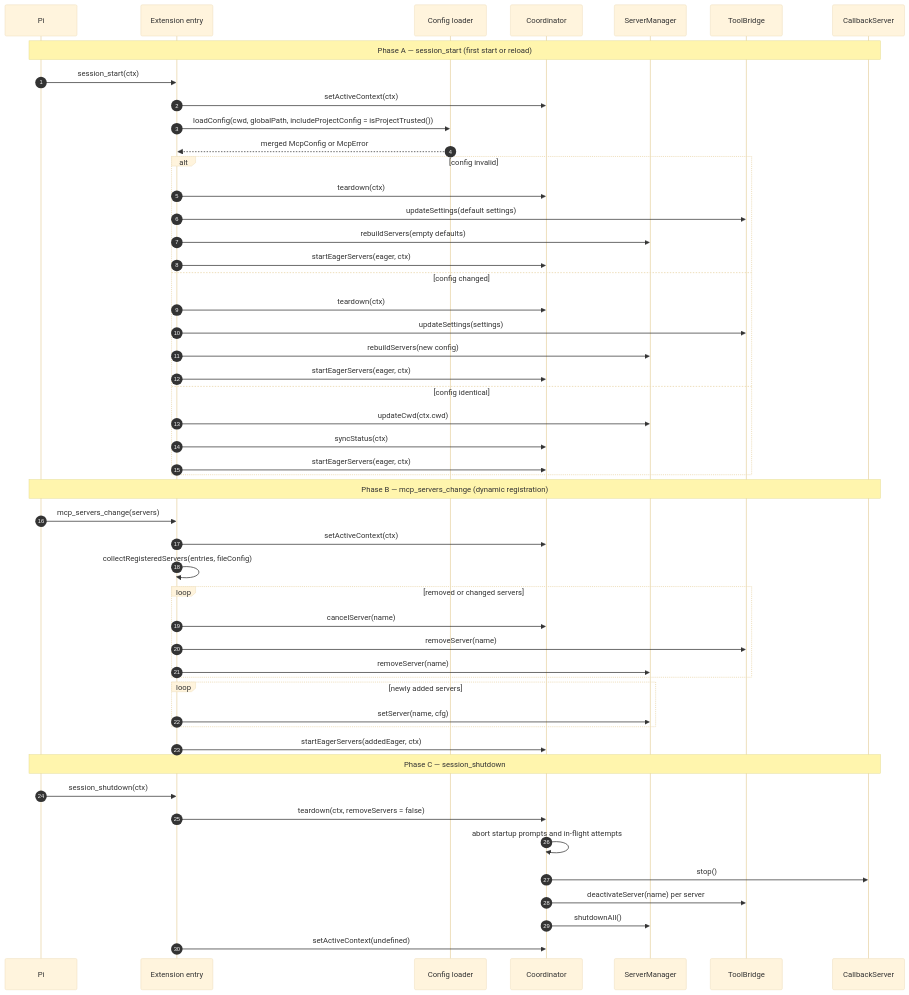
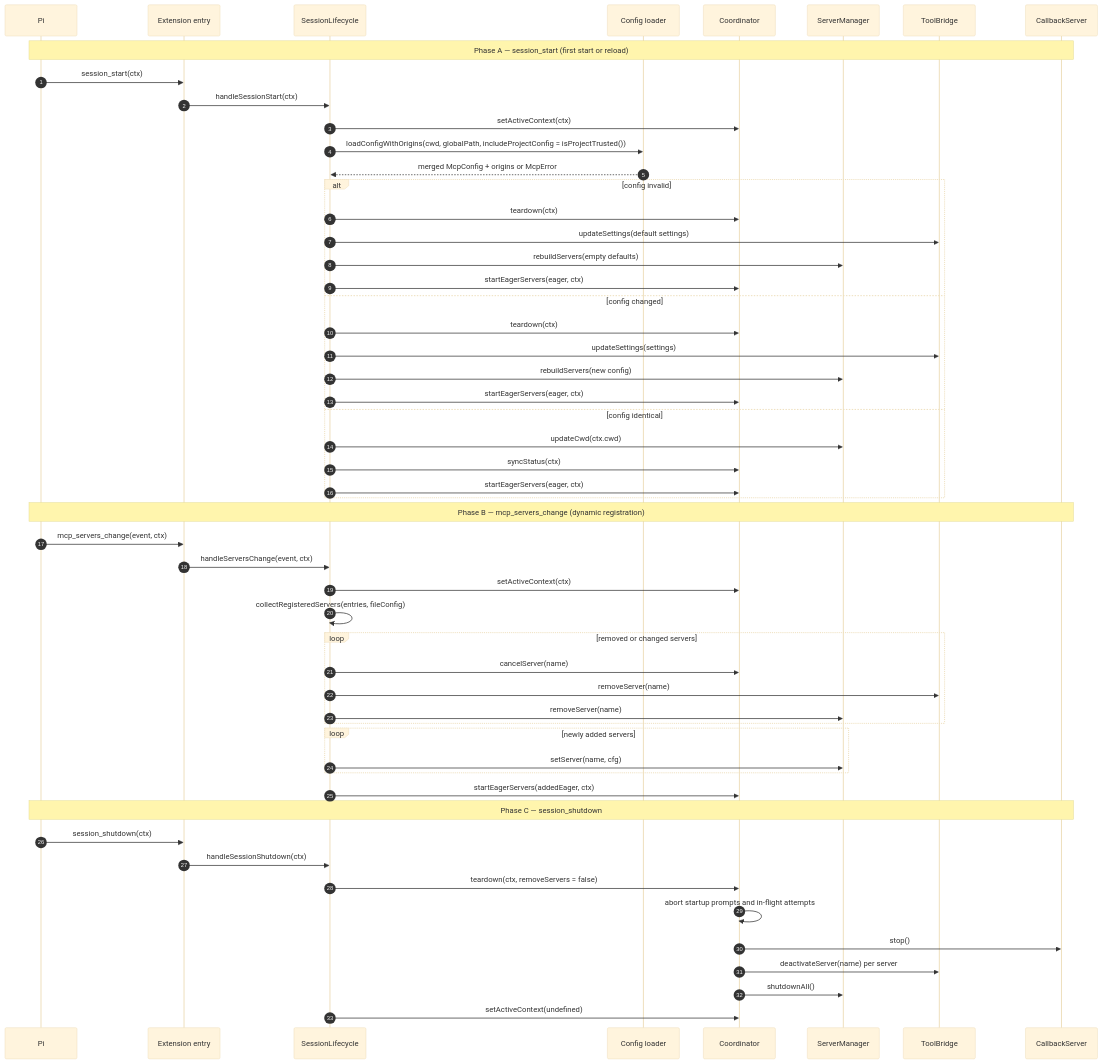
Before and after one commit to irahardianto/pi-mcp-extension: the third of 6 diagrams in docs/ARCHITECTURE.md, drawn with Mermaid (base theme). The commit also changed other lines of this file and 20 other files, not shown here.

````diff
--- a/docs/ARCHITECTURE.md
+++ b/docs/ARCHITECTURE.md
@@ -188,55 +200,59 @@
 ```mermaid
 sequenceDiagram
     autonumber
     participant Pi as Pi
     participant Entry as Extension entry
+    participant Life as SessionLifecycle
     participant Cfg as Config loader
     participant Coord as Coordinator
     participant Mgr as ServerManager
     participant Bridge as ToolBridge
     participant CB as CallbackServer
 
     Note over Pi,CB: Phase A — session_start (first start or reload)
     Pi->>Entry: session_start(ctx)
-    Entry->>Coord: setActiveContext(ctx)
-    Entry->>Cfg: loadConfig(cwd, globalPath, includeProjectConfig = isProjectTrusted())
-    Cfg-->>Entry: merged McpConfig or McpError
+    Entry->>Life: handleSessionStart(ctx)
+    Life->>Coord: setActiveContext(ctx)
+    Life->>Cfg: loadConfigWithOrigins(cwd, globalPath, includeProjectConfig = isProjectTrusted())
+    Cfg-->>Life: merged McpConfig + origins or McpError
     alt config invalid
-        Entry->>Coord: teardown(ctx)
-        Entry->>Bridge: updateSettings(default settings)
-        Entry->>Mgr: rebuildServers(empty defaults)
-        Entry->>Coord: startEagerServers(eager, ctx)
+        Life->>Coord: teardown(ctx)
+        Life->>Bridge: updateSettings(default settings)
+        Life->>Mgr: rebuildServers(empty defaults)
+        Life->>Coord: startEagerServers(eager, ctx)
     else config changed
-        Entry->>Coord: teardown(ctx)
-        Entry->>Bridge: updateSettings(settings)
-        Entry->>Mgr: rebuildServers(new config)
-        Entry->>Coord: startEagerServers(eager, ctx)
+        Life->>Coord: teardown(ctx)
+        Life->>Bridge: updateSettings(settings)
+        Life->>Mgr: rebuildServers(new config)
+        Life->>Coord: startEagerServers(eager, ctx)
     else config identical
-        Entry->>Mgr: updateCwd(ctx.cwd)
-        Entry->>Coord: syncStatus(ctx)
-        Entry->>Coord: startEagerServers(eager, ctx)
+        Life->>Mgr: updateCwd(ctx.cwd)
+        Life->>Coord: syncStatus(ctx)
+        Life->>Coord: startEagerServers(eager, ctx)
     end
 
     Note over Pi,CB: Phase B — mcp_servers_change (dynamic registration)
-    Pi->>Entry: mcp_servers_change(servers)
-    Entry->>Coord: setActiveContext(ctx)
-    Entry->>Entry: collectRegisteredServers(entries, fileConfig)
+    Pi->>Entry: mcp_servers_change(event, ctx)
+    Entry->>Life: handleServersChange(event, ctx)
+    Life->>Coord: setActiveContext(ctx)
+    Life->>Life: collectRegisteredServers(entries, fileConfig)
     loop removed or changed servers
-        Entry->>Coord: cancelServer(name)
-        Entry->>Bridge: removeServer(name)
-        Entry->>Mgr: removeServer(name)
+        Life->>Coord: cancelServer(name)
+        Life->>Bridge: removeServer(name)
+        Life->>Mgr: removeServer(name)
     end
     loop newly added servers
-        Entry->>Mgr: setServer(name, cfg)
+        Life->>Mgr: setServer(name, cfg)
     end
-    Entry->>Coord: startEagerServers(addedEager, ctx)
+    Life->>Coord: startEagerServers(addedEager, ctx)
 
     Note over Pi,CB: Phase C — session_shutdown
     Pi->>Entry: session_shutdown(ctx)
-    Entry->>Coord: teardown(ctx, removeServers = false)
+    Entry->>Life: handleSessionShutdown(ctx)
+    Life->>Coord: teardown(ctx, removeServers = false)
     Coord->>Coord: abort startup prompts and in-flight attempts
     Coord->>CB: stop()
     Coord->>Bridge: deactivateServer(name) per server
     Coord->>Mgr: shutdownAll()
-    Entry->>Coord: setActiveContext(undefined)
+    Life->>Coord: setActiveContext(undefined)
 ```
````
